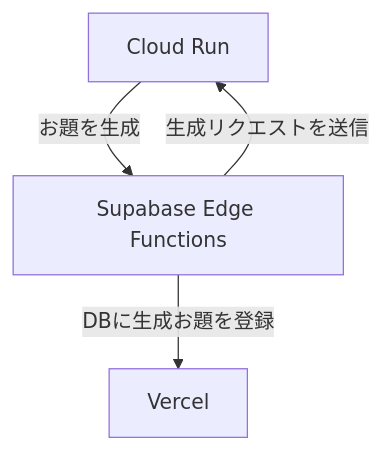
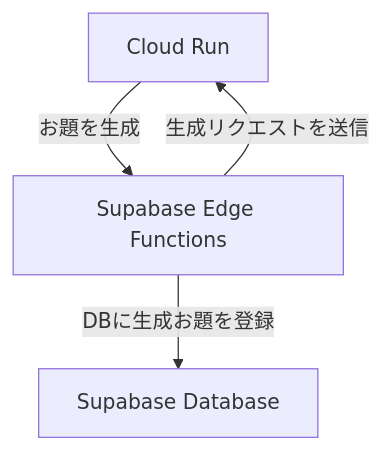
Before and after one commit to Tanaka-Junsei/ogirin: the first of 2 diagrams in README.md, drawn with Mermaid.

Commit message:
変更

````diff
--- a/README.md
+++ b/README.md
@@ -14,9 +14,9 @@
 ```mermaid
 flowchart TB
   node_1["Cloud Run"]
   node_2["Supabase Edge Functions"]
-  node_3["Vercel"]
+  node_3["Supabase Database"]
   node_1 --"お題を生成"--> node_2
   node_2 --"生成リクエストを送信"--> node_1
   node_2 --"DBに生成お題を登録"--> node_3
 ```
````
